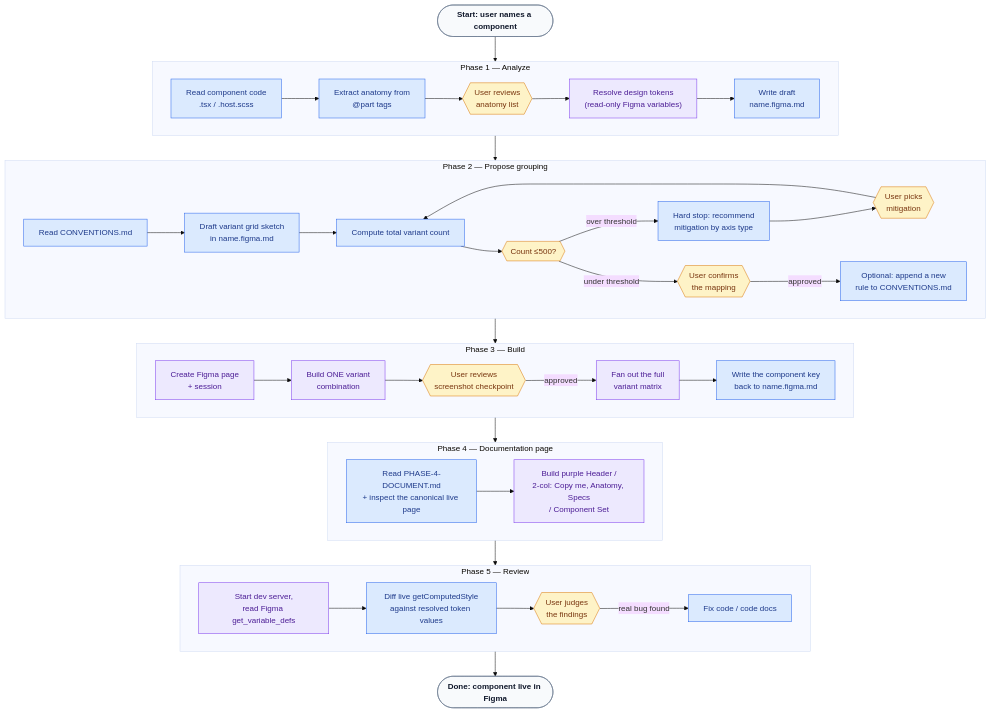
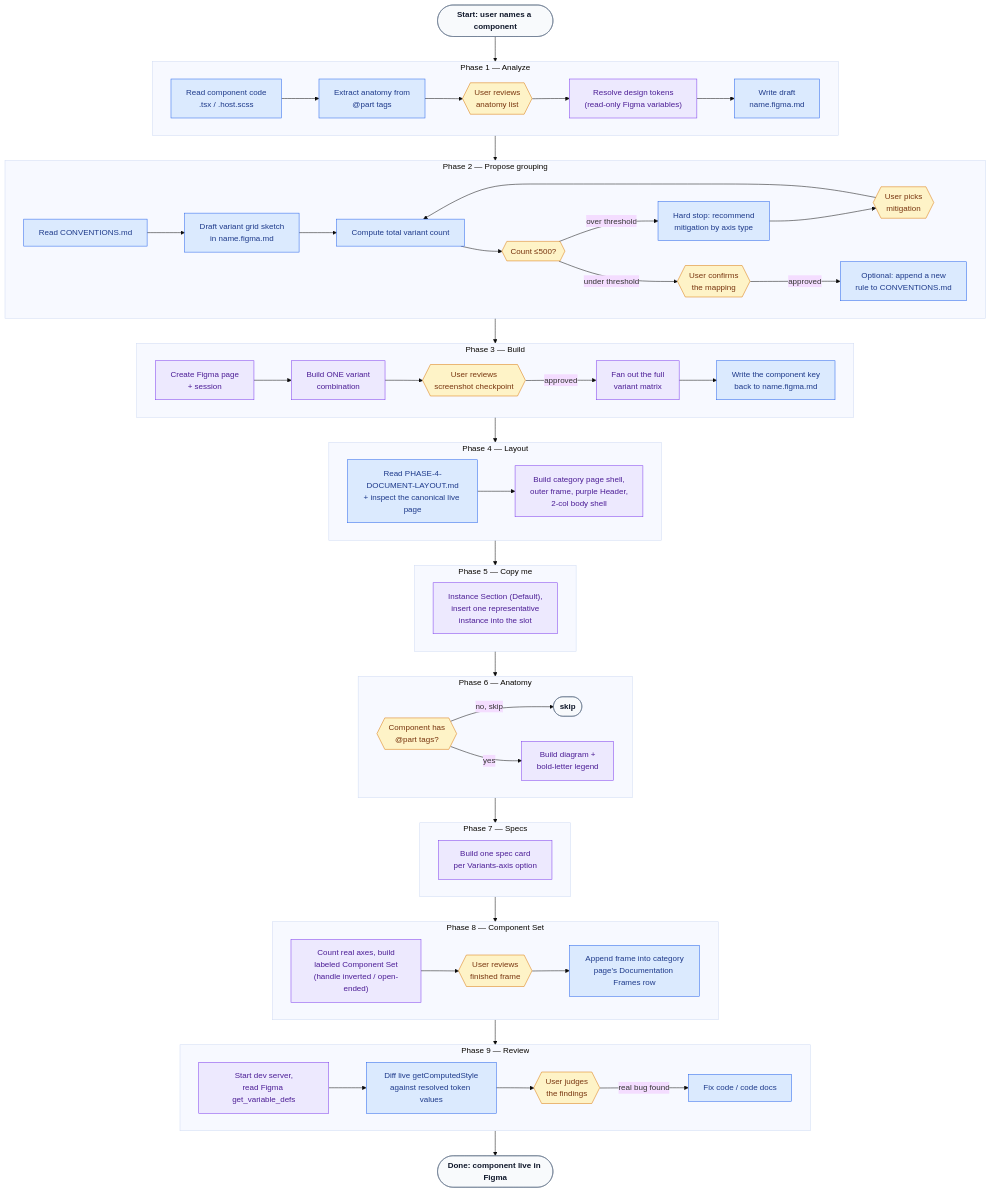
One commit to helvetia-design/design-system changed the diagram in .claude/skills/ds-code-to-figma/SKILL.md. Above: the diagram before and after it, drawn with Mermaid (base theme). The commit also changed other lines of this file and 29 other files, not shown here.

````diff
--- a/.claude/skills/ds-code-to-figma/SKILL.md
+++ b/.claude/skills/ds-code-to-figma/SKILL.md
@@ -67,19 +85,49 @@
 
     P3G --> P4G
 
-    subgraph P4G["Phase 4 — Documentation page"]
+    subgraph P4G["Phase 4 — Layout"]
         direction LR
-        P4a["Read PHASE-4-DOCUMENT.md<br/>+ inspect the canonical live page"]:::code --> P4b["Build purple Header /<br/>2-col: Copy me, Anatomy, Specs<br/>/ Component Set"]:::figma
+        P4a["Read PHASE-4-DOCUMENT-LAYOUT.md<br/>+ inspect the canonical live page"]:::code --> P4b["Build category page shell,<br/>outer frame, purple Header,<br/>2-col body shell"]:::figma
     end
 
     P4G --> P5G
 
-    subgraph P5G["Phase 5 — Review"]
+    subgraph P5G["Phase 5 — Copy me"]
         direction LR
-        P5a["Start dev server,<br/>read Figma get_variable_defs"]:::figma --> P5b["Diff live getComputedStyle<br/>against resolved token values"]:::code
-        P5b --> P5c{{"User judges<br/>the findings"}}:::human
-        P5c -->|real bug found| P5d["Fix code / code docs"]:::code
+        P5a["Instance Section (Default),<br/>insert one representative<br/>instance into the slot"]:::figma
     end
 
-    P5G --> Done(["Done: component live in Figma"]):::phase
+    P5G --> P6G
+
+    subgraph P6G["Phase 6 — Anatomy"]
+        direction LR
+        P6a{{"Component has<br/>@part tags?"}}:::human -->|no, skip| P6s(["skip"]):::phase
+        P6a -->|yes| P6b["Build diagram +<br/>bold-letter legend"]:::figma
+    end
+
+    P6G --> P7G
+
+    subgraph P7G["Phase 7 — Specs"]
+        direction LR
+        P7a["Build one spec card<br/>per Variants-axis option"]:::figma
+    end
+
+    P7G --> P8G
+
+    subgraph P8G["Phase 8 — Component Set"]
+        direction LR
+        P8a["Count real axes, build<br/>labeled Component Set<br/>(handle inverted / open-ended)"]:::figma --> P8b{{"User reviews<br/>finished frame"}}:::human
+        P8b --> P8c["Append frame into category<br/>page's Documentation Frames row"]:::code
+    end
+
+    P8G --> P9G
+
+    subgraph P9G["Phase 9 — Review"]
+        direction LR
+        P9a["Start dev server,<br/>read Figma get_variable_defs"]:::figma --> P9b["Diff live getComputedStyle<br/>against resolved token values"]:::code
+        P9b --> P9c{{"User judges<br/>the findings"}}:::human
+        P9c -->|real bug found| P9d["Fix code / code docs"]:::code
+    end
+
+    P9G --> Done(["Done: component live in Figma"]):::phase
 ```
````
